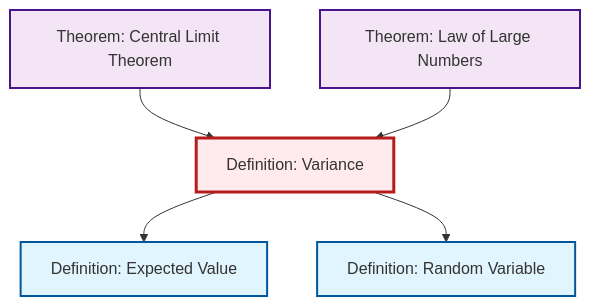
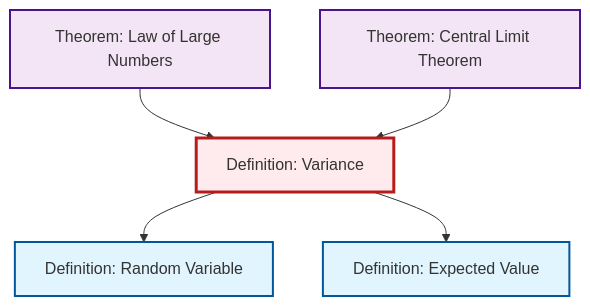
The second of 2 diagrams in content/ja/probability-statistics/def-variance.qmd (RK0429/ModernMath), drawn with Mermaid before and after one commit. The commit also changed other lines of this file and 531 other files, not shown here.

````diff
--- a/content/ja/probability-statistics/def-variance.qmd
+++ b/content/ja/probability-statistics/def-variance.qmd
@@ -102,23 +102,23 @@
 ```{mermaid}
 %%| fig-cap: "Local dependency graph"
 graph TD
     classDef definition fill:#e1f5fe,stroke:#01579b,stroke-width:2px
     classDef theorem fill:#f3e5f5,stroke:#4a148c,stroke-width:2px
     classDef axiom fill:#fff3e0,stroke:#e65100,stroke-width:2px
     classDef example fill:#e8f5e9,stroke:#1b5e20,stroke-width:2px
     classDef current fill:#ffebee,stroke:#b71c1c,stroke-width:3px
+    def-expectation["Definition: Expected Value"]:::definition
     def-random-variable["Definition: Random Variable"]:::definition
+    thm-law-of-large-numbers["Theorem: Law of Large Numbers"]:::theorem
+    thm-central-limit["Theorem: Central Limit Theorem"]:::theorem
     def-variance["Definition: Variance"]:::definition
-    thm-central-limit["Theorem: Central Limit Theorem"]:::theorem
-    def-expectation["Definition: Expected Value"]:::definition
-    thm-law-of-large-numbers["Theorem: Law of Large Numbers"]:::theorem
+    thm-law-of-large-numbers --> def-variance
+    def-variance --> def-random-variable
     thm-central-limit --> def-variance
-    thm-law-of-large-numbers --> def-variance
     def-variance --> def-expectation
-    def-variance --> def-random-variable
     class def-variance current
+    click def-expectation "def-expectation.html" "Definition: Expected Valueへ"
     click def-random-variable "def-random-variable.html" "Definition: Random Variableへ"
+    click thm-law-of-large-numbers "thm-law-of-large-numbers.html" "Theorem: Law of Large Numbersへ"
     click thm-central-limit "thm-central-limit.html" "Theorem: Central Limit Theoremへ"
-    click def-expectation "def-expectation.html" "Definition: Expected Valueへ"
-    click thm-law-of-large-numbers "thm-law-of-large-numbers.html" "Theorem: Law of Large Numbersへ"
 ```
````
